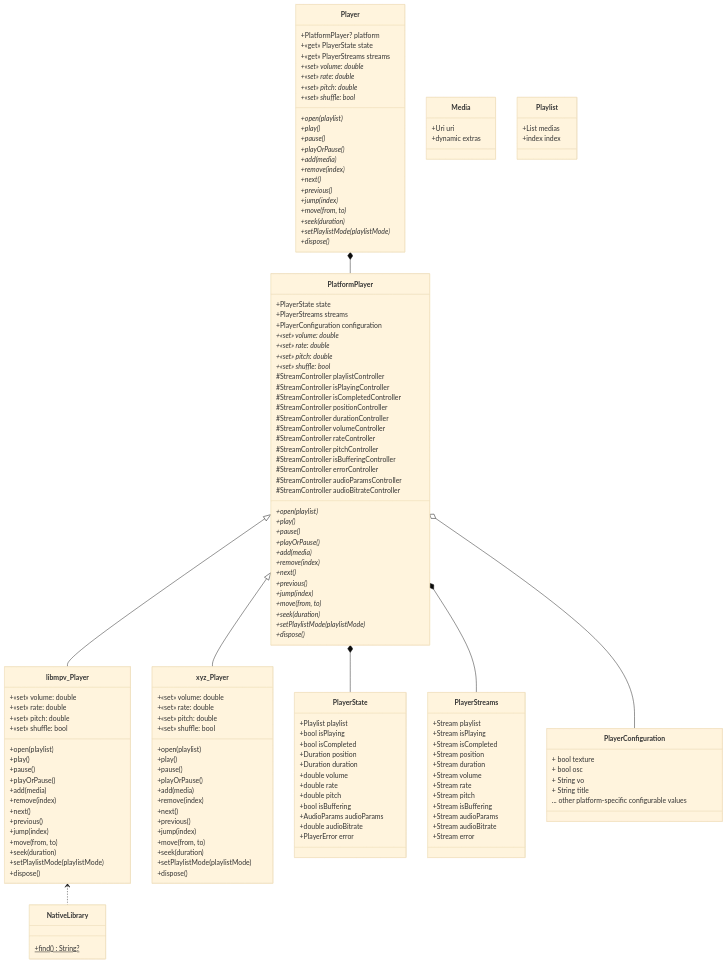
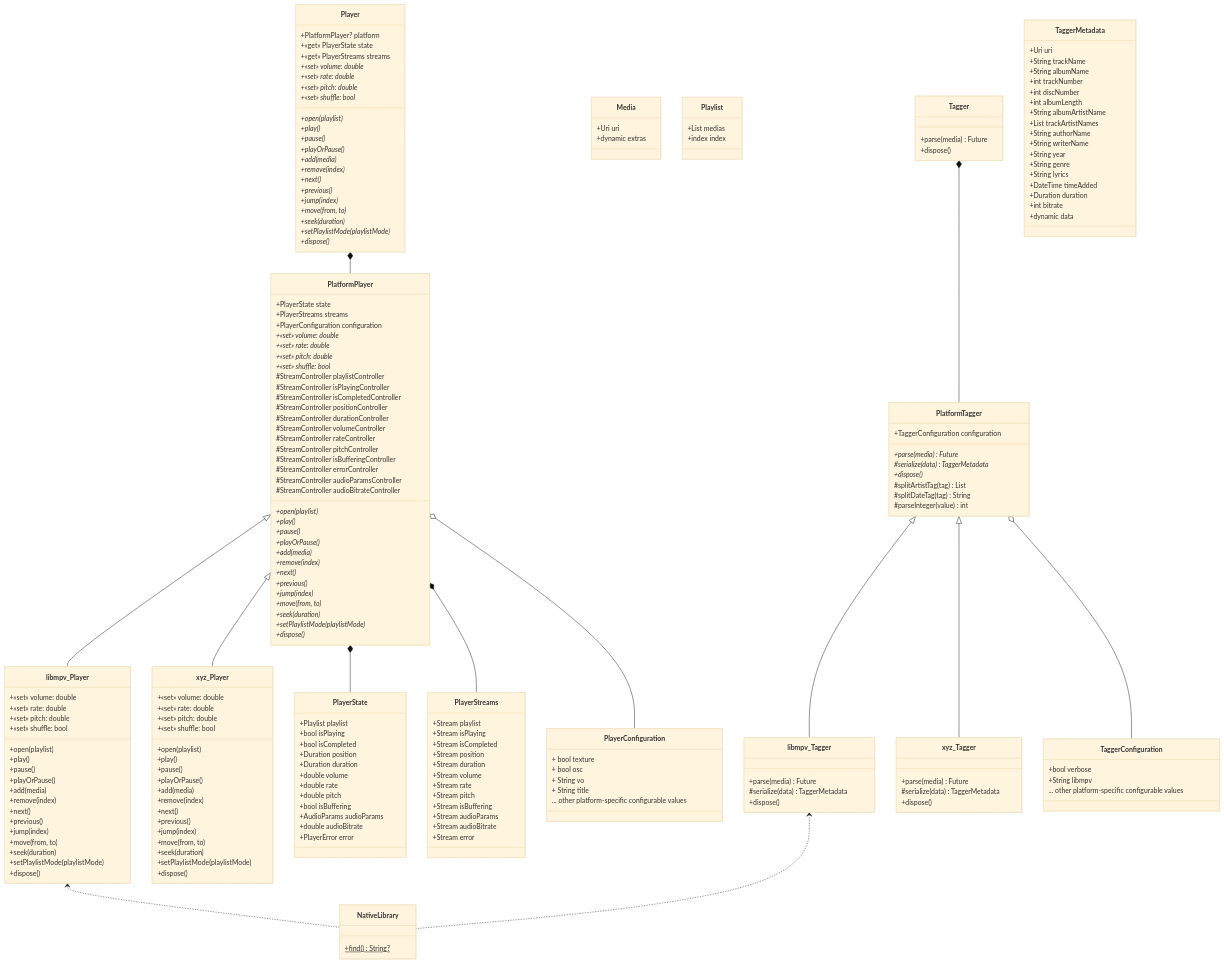
One commit to media-kit/media-kit changed the diagram in README.md. Above: the diagram before and after it, drawn with Mermaid (base theme). The commit also changed other lines of this file, not shown here.

Commit message:
docs: add brief start section

````diff
--- a/README.md
+++ b/README.md
@@ -181,4 +262,66 @@
     +«set» shuffle: bool
     +dispose()
   }
+
+  Tagger *-- PlatformTagger
+  PlatformTagger <|-- libmpv_Tagger
+  PlatformTagger <|-- xyz_Tagger
+  PlatformTagger o-- TaggerConfiguration
+  
+  libmpv_Tagger <.. NativeLibrary
+  
+  class TaggerMetadata {
+    +Uri uri
+    +String trackName
+    +String albumName
+    +int trackNumber
+    +int discNumber
+    +int albumLength
+    +String albumArtistName
+    +List<String> trackArtistNames
+    +String authorName
+    +String writerName
+    +String year
+    +String genre
+    +String lyrics
+    +DateTime timeAdded
+    +Duration duration
+    +int bitrate
+    +dynamic data
+  }
+  
+  class Tagger {
+    +parse(media) Future<TaggerMetadata>
+    +dispose()
+  }
+  
+  class TaggerConfiguration {
+    +bool verbose
+    +String libmpv
+    ... other platform-specific configurable values
+  }
+  
+  class PlatformTagger {
+    +TaggerConfiguration configuration
+    
+    +parse(media)* Future<TaggerMetadata>
+    #serialize(data)* TaggerMetadata
+    +dispose()*
+    
+    #splitArtistTag(tag) List<String>
+    #splitDateTag(tag) String
+    #parseInteger(value) int
+  }
+  
+  class libmpv_Tagger {
+    +parse(media) Future<TaggerMetadata>
+    #serialize(data) TaggerMetadata
+    +dispose()
+  }
+  
+  class xyz_Tagger {
+    +parse(media) Future<TaggerMetadata>
+    #serialize(data) TaggerMetadata
+    +dispose()
+  }
 ```
````
